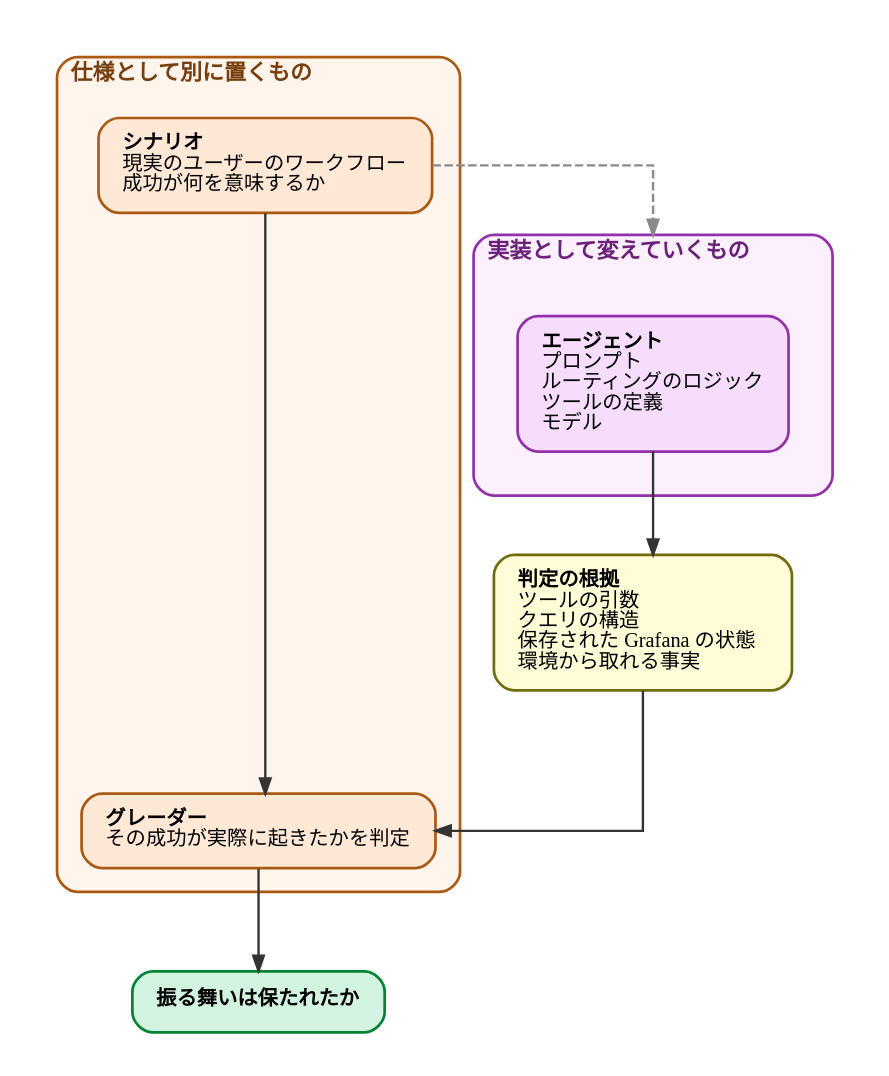
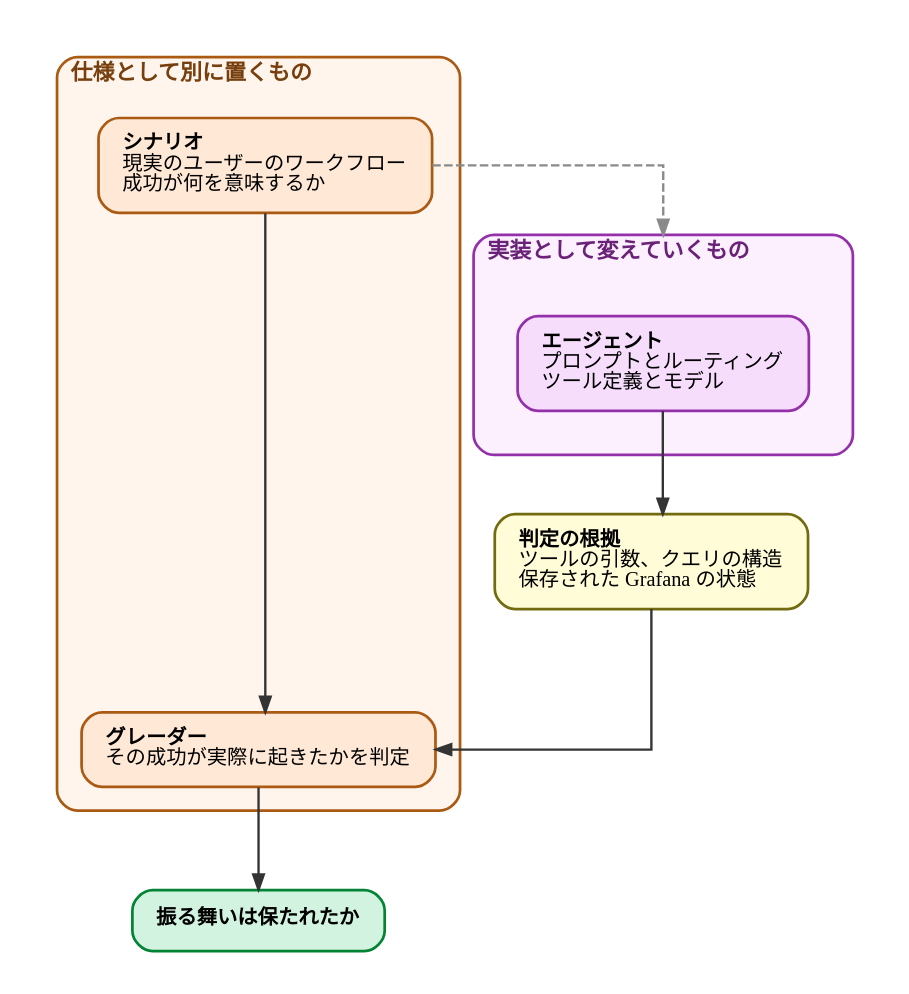
Before and after one commit to ymotongpoo/zenn.dev: the diagram in diagrams/20260929-agent-eval-loop/20260929-scenario-grader.dot, drawn with Graphviz. The commit also changed 7 other files, not shown here.

```diff
--- a/diagrams/20260929-agent-eval-loop/20260929-scenario-grader.dot
+++ b/diagrams/20260929-agent-eval-loop/20260929-scenario-grader.dot
@@ -1,76 +1,76 @@
 // 記事「もっともらしい答えをどう疑うか」用。
 // シナリオ（望ましい振る舞い）とグレーダー（実際に起きたかの判定）を、
 // 実装（プロンプト・ルーティング・ツール定義・モデル）から分離して置くと、
 // 実装側をどれだけ変えても同じ問いを立てられる、という関係を示す。
 //
 // 矢印のラベルは付けない。クラスタをまたぐ辺のラベルはどこに置いても
 // 枠線を跨ぐため（check_overlaps.py の LABEL-ON-CLUSTER-FRAME）、
 // 矢印の意味はキャプションで宣言する。線種で「タスクを与える」経路だけ分ける。
 //
 // 破線は lhead でクラスタの枠に止める。impl ノードまで引くと、見出し
 // 「実装として変えていくもの」の文字を縦に貫通する（査読 R-12。
 // check_overlaps.py では検出されずPNGの拡大目視で判明）。
 // ポート指定で回避すると SELF-PASS-THROUGH になり、margin を広げても
 // 見出しが長いため文字の上を通る。枠で止めれば文字に触れない。
 digraph scenario_grader {
   graph [
     fontname="IBM Plex Sans JP", fontsize=13,
     rankdir=TB,
     compound=true, splines=ortho,
     nodesep=0.4, ranksep=0.85, pad=0.25,
     bgcolor="white", newrank=true
   ];
   node [
     fontname="IBM Plex Sans JP", fontsize=12,
     shape=box, style="rounded,filled",
     fillcolor="#F1F1F1", color="#4A4A4A", penwidth=1.6,
     margin="0.2,0.14"
   ];
   edge [
     fontname="IBM Plex Sans JP", fontsize=11,
     color="#343434", penwidth=1.4, arrowsize=0.9,
     fontcolor="#171717"
   ];
 
   subgraph cluster_spec {
     label=<<b>仕様として別に置くもの</b>>;
     style="rounded"; labeljust="l"; penwidth=1.6; margin=14;
     color="#AB5A13"; bgcolor="#FFF5ED"; fontcolor="#783F0E";
 
     scenario [
       fillcolor="#FFE9D6", color="#AB5A13",
       label=<<b>シナリオ</b><br align="left"/>現実のユーザーのワークフロー<br align="left"/>成功が何を意味するか<br align="left"/>>
     ];
     grader [
       fillcolor="#FFE9D6", color="#AB5A13",
       label=<<b>グレーダー</b><br align="left"/>その成功が実際に起きたかを判定<br align="left"/>>
     ];
   }
 
   subgraph cluster_impl {
     label=<<b>実装として変えていくもの</b>>;
     style="rounded"; labeljust="l"; penwidth=1.6; margin=26;
     color="#9430A9"; bgcolor="#FCF0FE"; fontcolor="#6A2278";
 
     impl [
       fillcolor="#F7DDFC", color="#9430A9",
-      label=<<b>エージェント</b><br align="left"/>プロンプト<br align="left"/>ルーティングのロジック<br align="left"/>ツールの定義<br align="left"/>モデル<br align="left"/>>
+      label=<<b>エージェント</b><br align="left"/>プロンプトとルーティング<br align="left"/>ツール定義とモデル<br align="left"/>>
     ];
   }
 
   evidence [
     fillcolor="#FFFCD7", color="#736B10",
-    label=<<b>判定の根拠</b><br align="left"/>ツールの引数<br align="left"/>クエリの構造<br align="left"/>保存された Grafana の状態<br align="left"/>環境から取れる事実<br align="left"/>>
+    label=<<b>判定の根拠</b><br align="left"/>ツールの引数、クエリの構造<br align="left"/>保存された Grafana の状態<br align="left"/>>
   ];
 
   verdict [
     fillcolor="#D2F3DF", color="#038435",
     label=<<b>振る舞いは保たれたか</b>>
   ];
 
   scenario -> impl [style=dashed, color="#8A8A8A", lhead=cluster_impl];
   impl -> evidence;
   evidence -> grader;
   scenario -> grader;
   grader -> verdict;
 }
```
